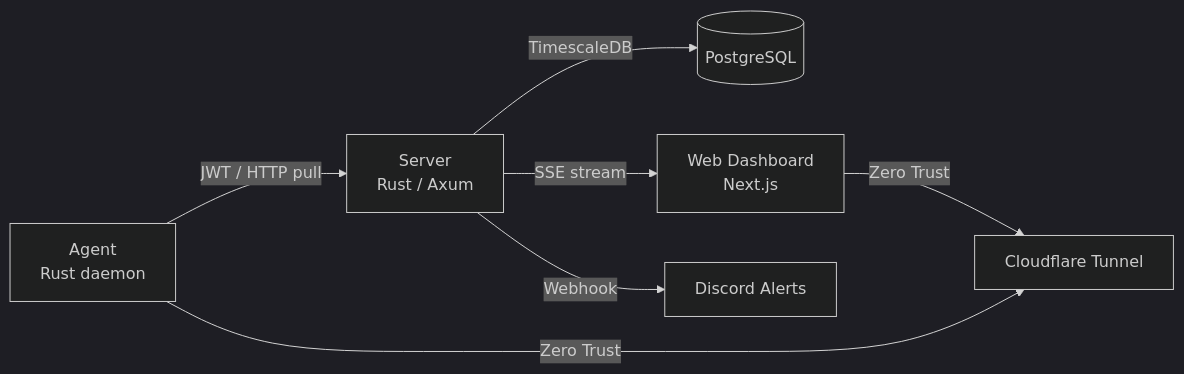
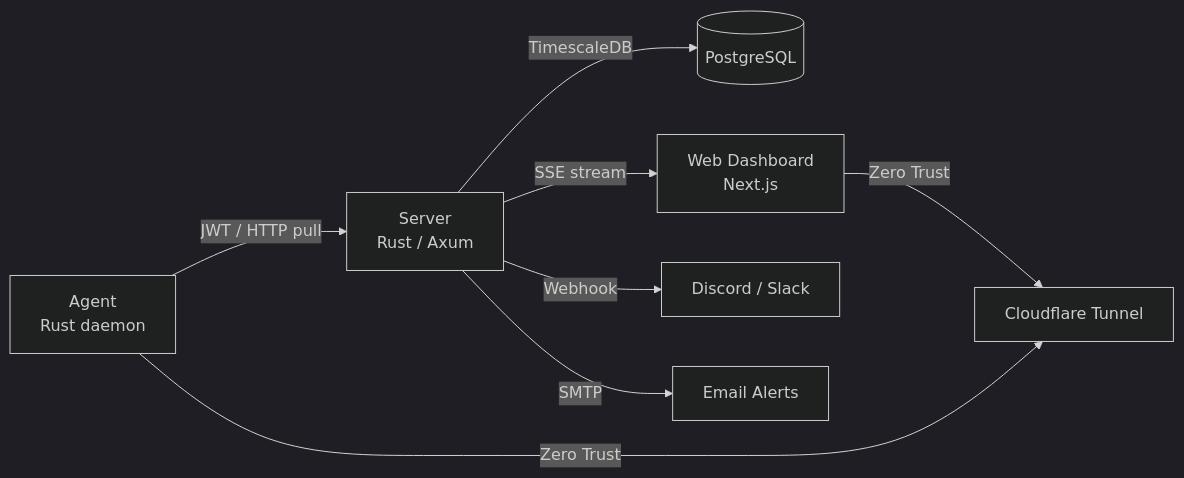
Before and after one commit to sounmu/network-monitor: the diagram in README.md, drawn with Mermaid (dark theme). The commit also changed other lines of this file, not shown here.

````diff
--- a/README.md
+++ b/README.md
@@ -27,9 +36,10 @@
 ```mermaid
 graph LR
     A[Agent<br/>Rust daemon] -->|JWT / HTTP pull| S[Server<br/>Rust / Axum]
     S -->|TimescaleDB| DB[(PostgreSQL)]
     S -->|SSE stream| W[Web Dashboard<br/>Next.js]
-    S -->|Webhook| D[Discord Alerts]
+    S -->|Webhook| D[Discord / Slack]
+    S -->|SMTP| E[Email Alerts]
     W -->|Zero Trust| CF[Cloudflare Tunnel]
     A -->|Zero Trust| CF
 ```
````
